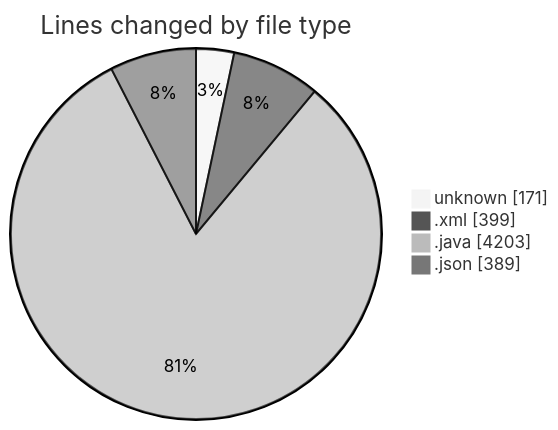
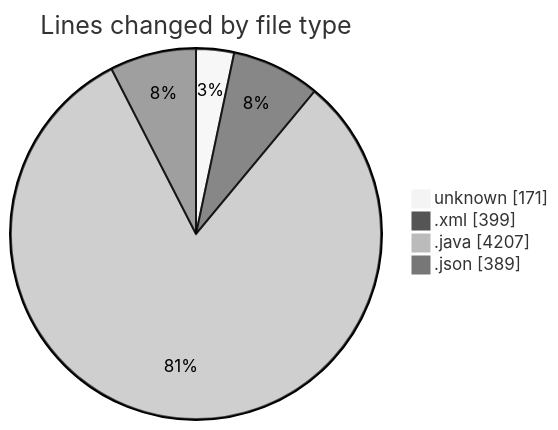
One commit to charlie-sans/code-tracking changed the first of 2 diagrams in 2025-02-24/micros/README.md. Above: the diagram before and after it, drawn with Mermaid (neutral theme). The commit also changed other lines of this file and 1 other file, not shown here.

````diff
--- a/2025-02-24/micros/README.md
+++ b/2025-02-24/micros/README.md
@@ -34,8 +34,8 @@
 ```mermaid
 pie showData
 title Lines changed by file type
 "unknown" : 171
 ".xml" : 399
-".java" : 4203
+".java" : 4207
 ".json" : 389
 ```
````
